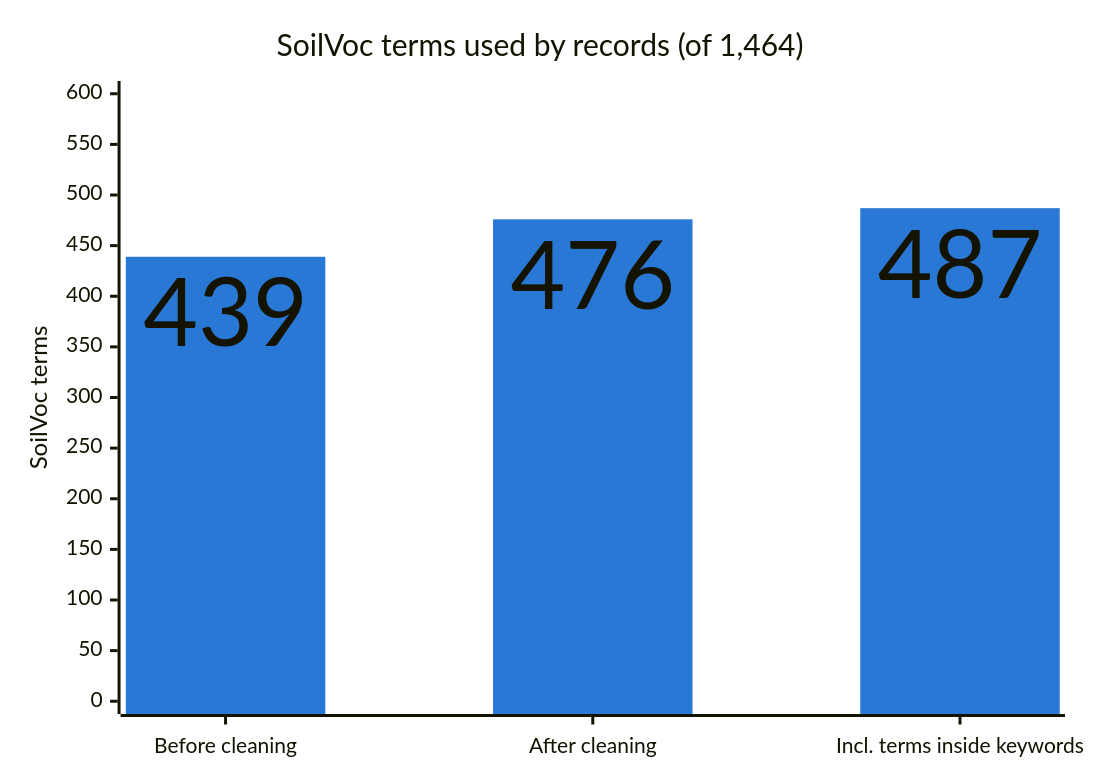
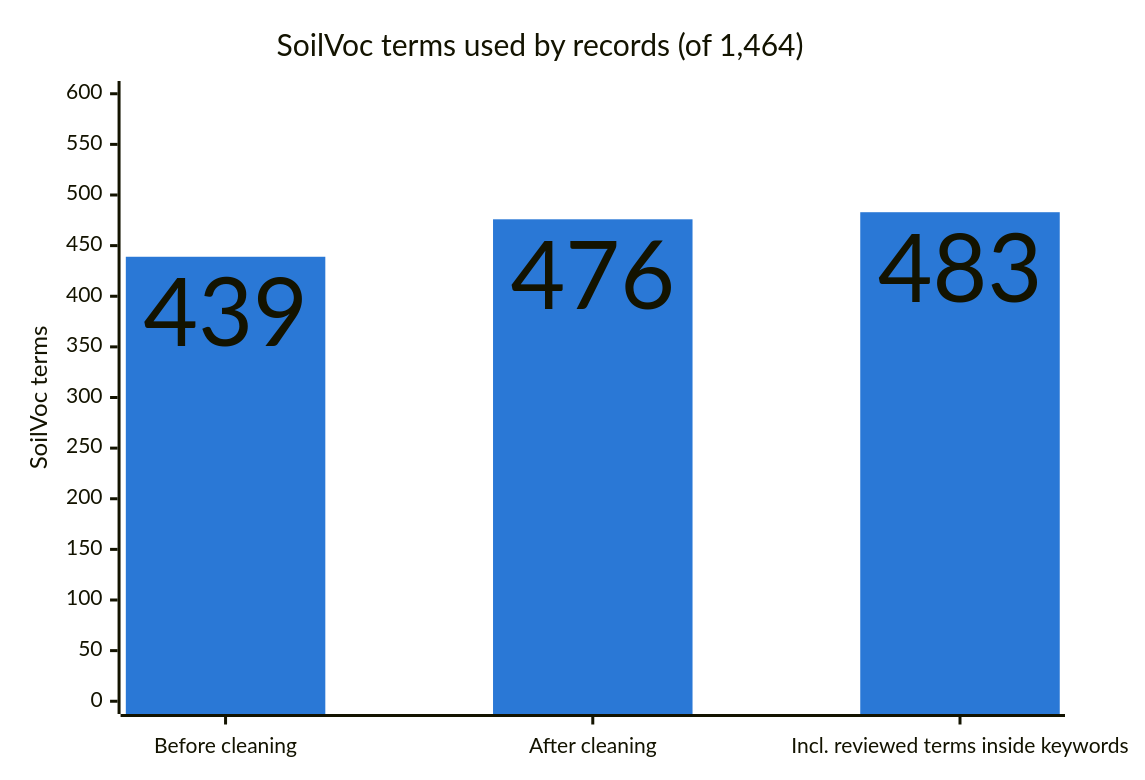
Before and after one commit to ahmadkhanraj01/soil-vocabs: the first of 10 diagrams in reports/soilvoc_levels_vs_db/PLAN.md, drawn with Mermaid. The commit also changed other lines of this file and 5 other files, not shown here.

First line of the commit message:
Add SoilVoc terms/keywords in DB lists and review of inside-keyword matches

````diff
--- a/reports/soilvoc_levels_vs_db/PLAN.md
+++ b/reports/soilvoc_levels_vs_db/PLAN.md
@@ -15,15 +17,15 @@
 ```mermaid
 ---
 config:
   xyChart:
     showDataLabel: true
   themeVariables:
     xyChart:
       plotColorPalette: "#2a78d6"
 ---
 xychart-beta
   title "SoilVoc terms used by records (of 1,464)"
-  x-axis ["Before cleaning", "After cleaning", "Incl. terms inside keywords"]
+  x-axis ["Before cleaning", "After cleaning", "Incl. reviewed terms inside keywords"]
   y-axis "SoilVoc terms" 0 --> 600
-  bar [439, 476, 487]
+  bar [439, 476, 483]
 ```
````
